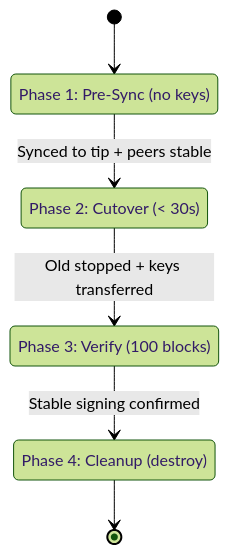
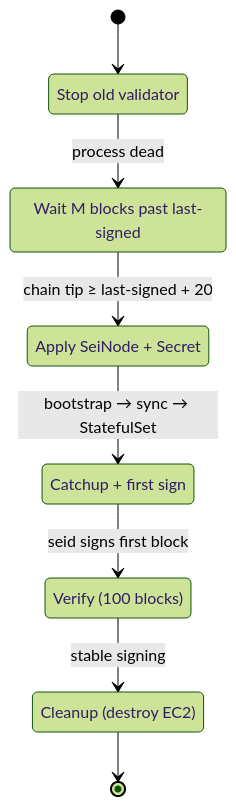
The second of 2 diagrams in .tide/validator-migration.md (sei-protocol/sei-k8s-controller), drawn with Mermaid (forest theme) before and after one commit. The commit also changed other lines of this file and 5 other files, not shown here.

````diff
--- a/.tide/validator-migration.md
+++ b/.tide/validator-migration.md
@@ -291,15 +261,21 @@
 ```mermaid
 stateDiagram-v2
-    [*] --> Phase1
-    state "Phase 1: Pre-Sync (no keys)" as Phase1
-    Phase1 --> Phase2 : Synced to tip + peers stable
+    [*] --> Stop
+    state "Stop old validator" as Stop
+    Stop --> Wait : process dead
 
-    state "Phase 2: Cutover (< 30s)" as Phase2
-    Phase2 --> Phase3 : Old stopped + keys transferred
+    state "Wait M blocks past last-signed" as Wait
+    Wait --> Apply : chain tip ≥ last-signed + 20
 
-    state "Phase 3: Verify (100 blocks)" as Phase3
-    Phase3 --> Phase4 : Stable signing confirmed
+    state "Apply SeiNode + Secret" as Apply
+    Apply --> Catchup : bootstrap → sync → StatefulSet
 
-    state "Phase 4: Cleanup (destroy)" as Phase4
-    Phase4 --> [*]
+    state "Catchup + first sign" as Catchup
+    Catchup --> Verify : seid signs first block
+
+    state "Verify (100 blocks)" as Verify
+    Verify --> Cleanup : stable signing
+
+    state "Cleanup (destroy EC2)" as Cleanup
+    Cleanup --> [*]
 ```
````
